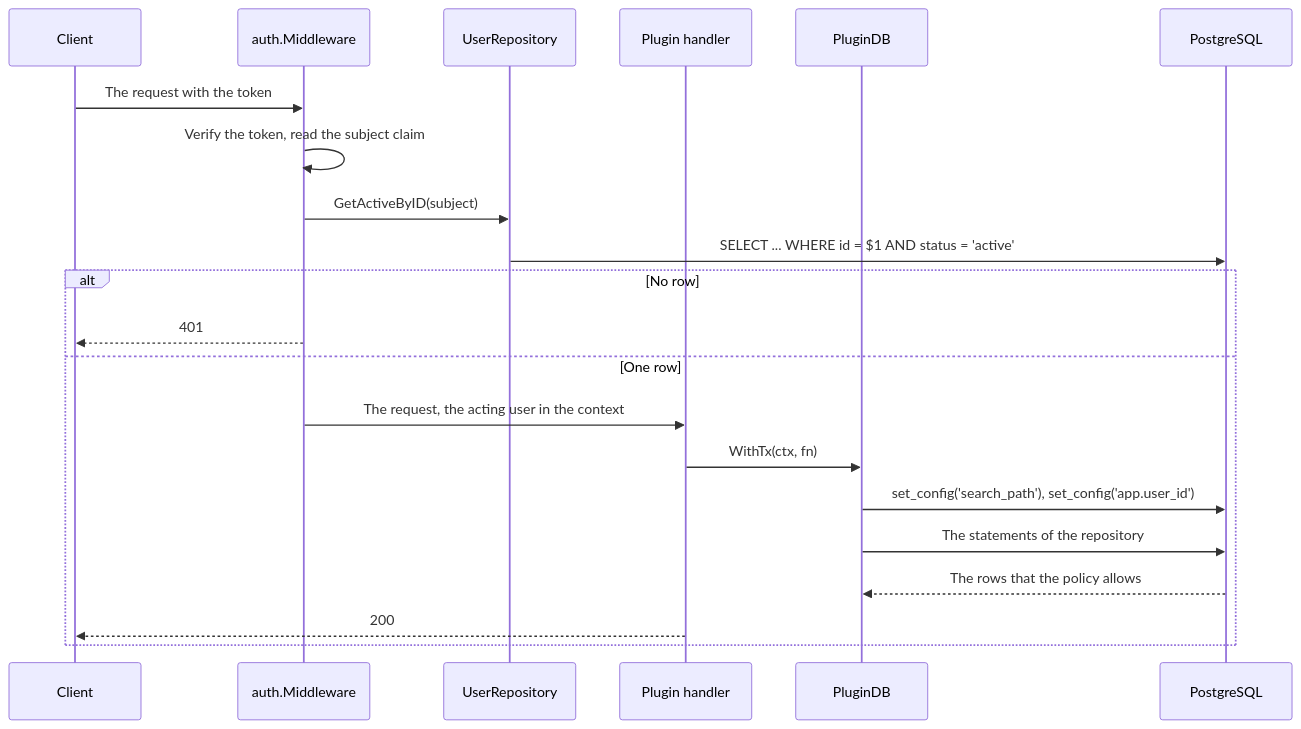
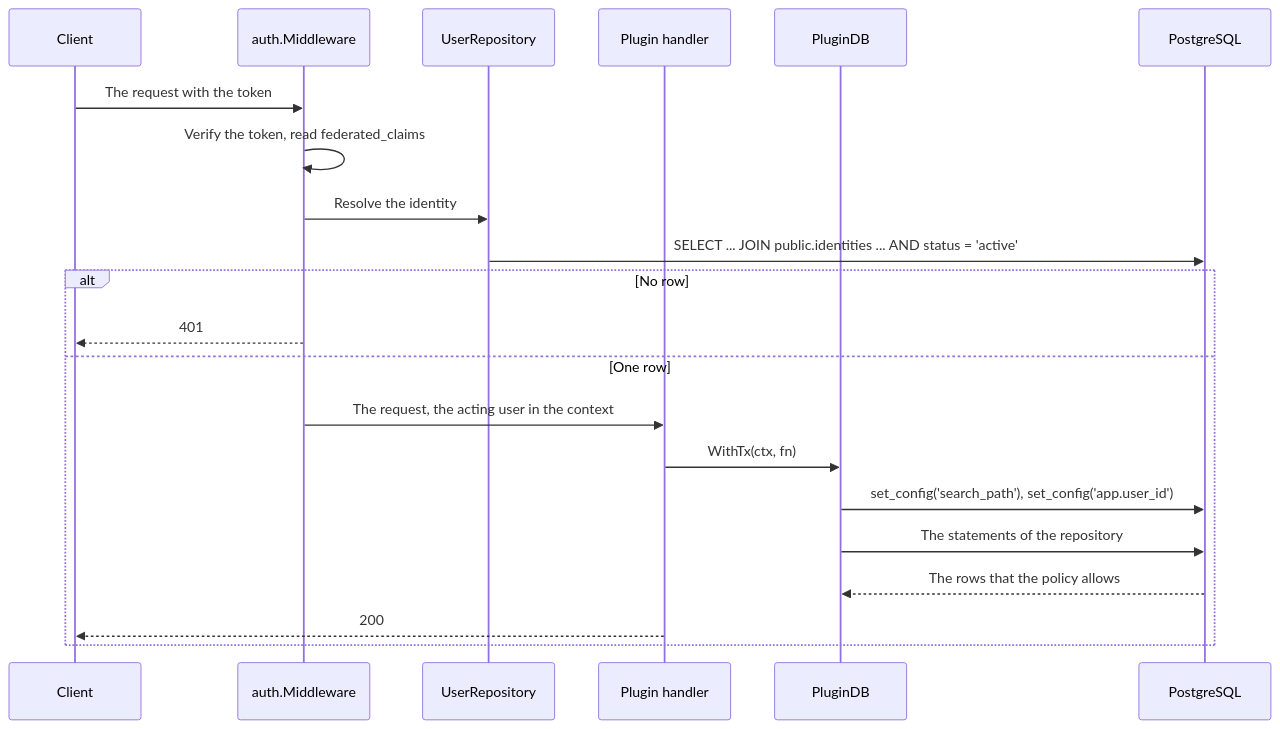
One commit to ABGEO/maroid changed the first of 2 diagrams in specs/features/ident/spec.md. Above: the diagram before and after it, drawn with Mermaid. The commit also changed other lines of this file and 14 other files, not shown here.

Commit message:
docs(specs): delegate identity to dex and add external identities

````diff
--- a/specs/features/ident/spec.md
+++ b/specs/features/ident/spec.md
@@ -210,24 +215,24 @@
 ```mermaid
 sequenceDiagram
     participant C as Client
     participant M as auth.Middleware
     participant R as UserRepository
     participant H as Plugin handler
     participant D as PluginDB
     participant P as PostgreSQL
 
     C->>M: The request with the token
-    M->>M: Verify the token, read the subject claim
-    M->>R: GetActiveByID(subject)
-    R->>P: SELECT ... WHERE id = $1 AND status = 'active'
+        M->>M: Verify the token, read federated_claims
+    M->>R: Resolve the identity
+    R->>P: SELECT ... JOIN public.identities ... AND status = 'active'
     alt No row
         M-->>C: 401
     else One row
         M->>H: The request, the acting user in the context
         H->>D: WithTx(ctx, fn)
         D->>P: set_config('search_path'), set_config('app.user_id')
         D->>P: The statements of the repository
         P-->>D: The rows that the policy allows
         H-->>C: 200
     end
 ```
````
